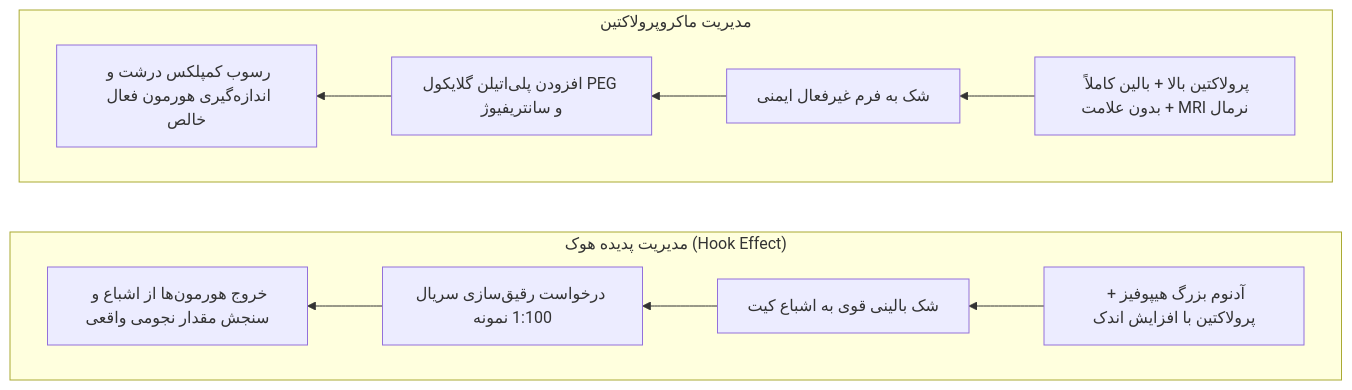
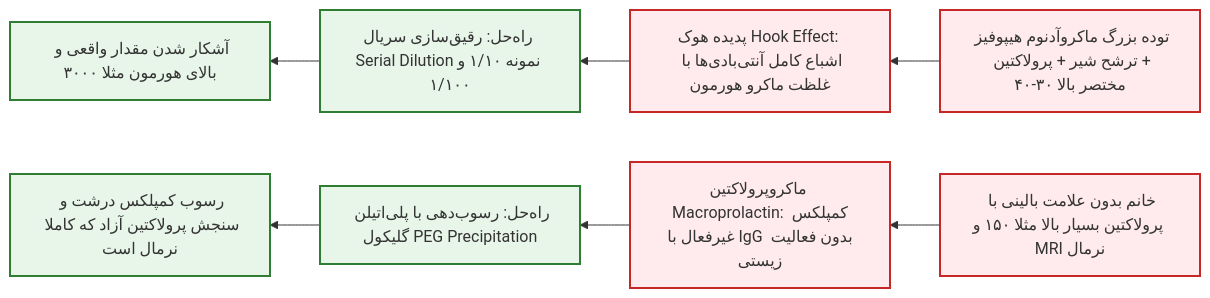
The seventh of 8 diagrams in 07/مبانی غدد/کلیات.md (neopulse-hub/TUMS-1402-1-neo), drawn with Mermaid before and after one commit. The commit also changed other lines of this file, not shown here.

````diff
--- a/07/مبانی غدد/کلیات.md
+++ b/07/مبانی غدد/کلیات.md
@@ -207,15 +269,13 @@
 ```mermaid
 flowchart RL
-    subgraph Hook_Workup ["مدیریت پدیده هوک (Hook Effect)"]
-    direction RL
-        H1[آدنوم بزرگ هیپوفیز + پرولاکتین با افزایش اندک] --> H2[شک بالینی قوی به اشباع کیت]
-        H2 --> H3[درخواست رقیق‌سازی سریال 1:100 نمونه]
-        H3 --> H4[خروج هورمون‌ها از اشباع و سنجش مقدار نجومی واقعی]
-    end
-    subgraph Macro_Workup ["مدیریت ماکروپرولاکتین"]
-    direction RL
-        M1[پرولاکتین بالا + بالین کاملاً بدون علامت + MRI نرمال] --> M2[شک به فرم غیرفعال ایمنی]
-        M2 --> M3[افزودن پلی‌اتیلن گلایکول PEG و سانتریفیوژ]
-        M3 --> M4[رسوب کمپلکس درشت و اندازه‌گیری هورمون فعال خالص]
-    end
+    classDef err fill:#ffebee,stroke:#c62828,stroke-width:2px;
+    classDef fix fill:#e8f5e9,stroke:#2e7d32,stroke-width:2px;
+
+    Prob1[توده بزرگ ماکروآدنوم هیپوفیز + ترشح شیر + پرولاکتین مختصر بالا ۳۰-۴۰]:::err --> HookMech[پدیده هوک Hook Effect: اشباع کامل آنتی‌بادی‌ها با غلظت ماکرو هورمون]:::err
+    HookMech --> HookSol[راه‌حل: رقیق‌سازی سریال Serial Dilution نمونه ۱/۱۰ و ۱/۱۰۰]:::fix
+    HookSol --> TrueHigh[آشکار شدن مقدار واقعی و بالای هورمون مثلا ۳۰۰۰]:::fix
+
+    Prob2[خانم بدون علامت بالینی با پرولاکتین بسیار بالا مثلا ۱۵۰ و MRI نرمال]:::err --> MacroMech[ماکروپرولاکتین Macroprolactin: کمپلکس غیرفعال با IgG بدون فعالیت زیستی]:::err
+    MacroMech --> PEGSol[راه‌حل: رسوب‌دهی با پلی‌اتیلن گلیکول PEG Precipitation]:::fix
+    PEGSol --> TrueNorm[رسوب کمپلکس درشت و سنجش پرولاکتین آزاد که کاملا نرمال است]:::fix
 ```
````
